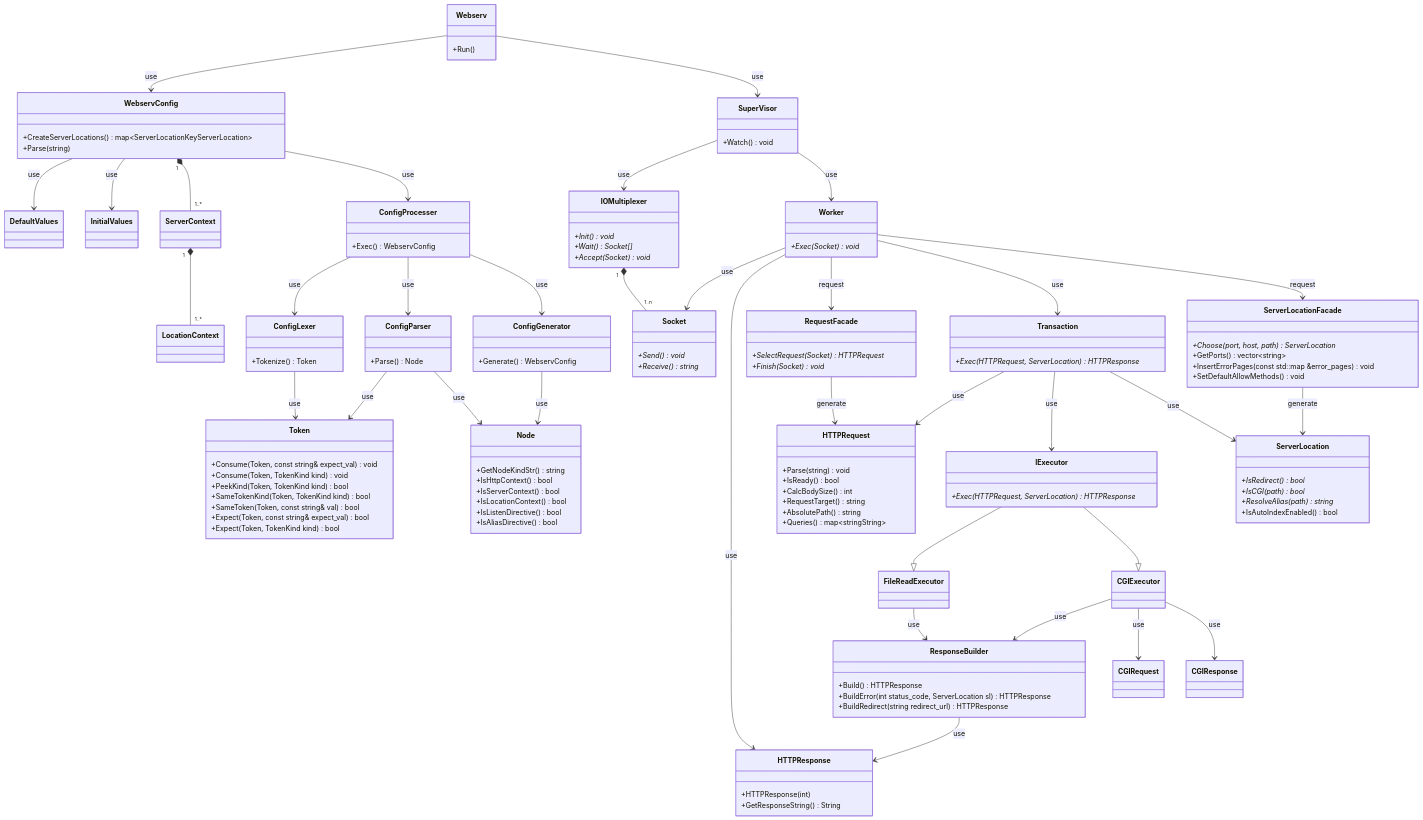
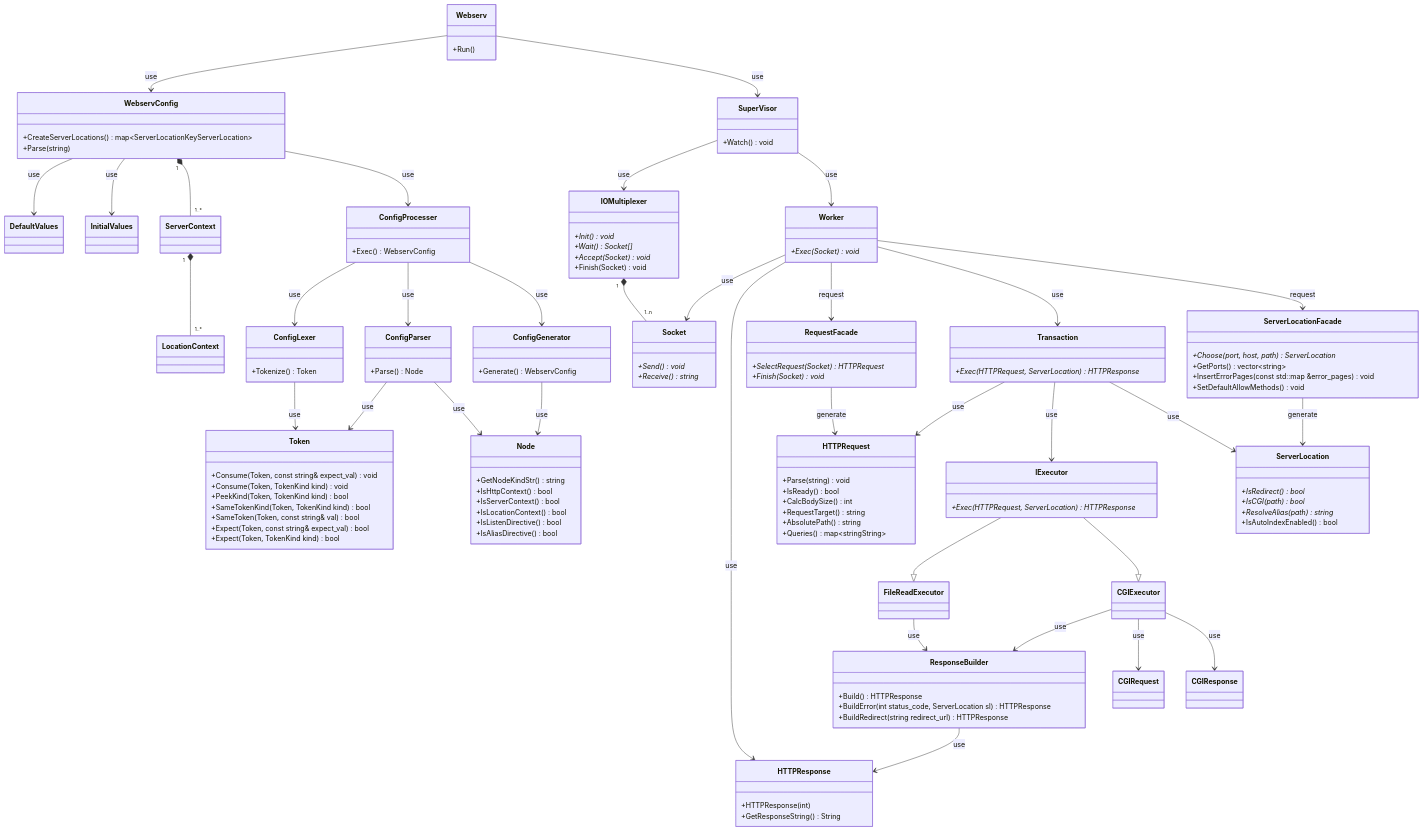
One commit to katataku/webserv changed the diagram in docs/class/all.md. Above: the diagram before and after it, drawn with Mermaid. The commit also changed 10 other files, not shown here.

```diff
--- a/docs/class/all.md
+++ b/docs/class/all.md
@@ -112,6 +112,7 @@
     +Init()* void
     +Wait()* Socket[]
     +Accept(Socket)* void
+    +Finish(Socket) void
   }
 
   class Worker {
```
